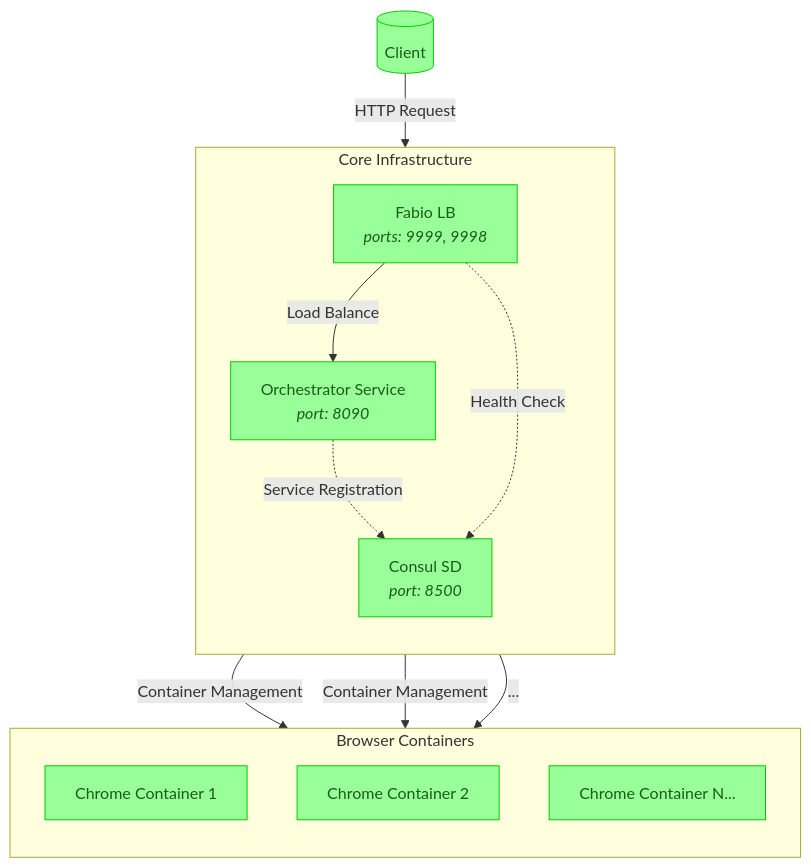
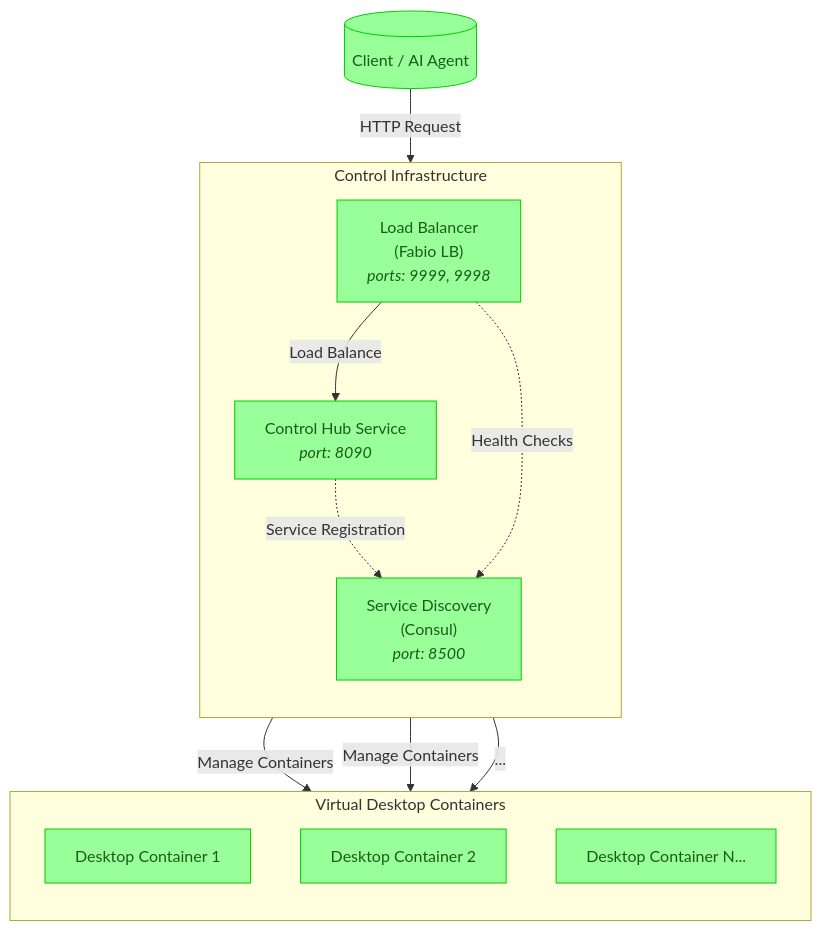
Before and after one commit to codebanesr/orchestrator: the diagram in README.md, drawn with Mermaid. The commit also changed other lines of this file, not shown here.

````diff
--- a/README.md
+++ b/README.md
@@ -63,30 +68,30 @@
 ```mermaid
 flowchart TD
     classDef client fill:#99FF99,stroke:#00CC00,color:#1a5c1a
-    classDef browser fill:#99FF99,stroke:#00CC00,color:#1a5c1a
+    classDef desktop fill:#99FF99,stroke:#00CC00,color:#1a5c1a
     classDef core fill:#99FF99,stroke:#00CC00,color:#1a5c1a
     
-    Client[("Client")]:::client
+    Client[("Client / AI Agent")]:::client
     
-    subgraph BrowserInstances["Browser Containers"]
+    subgraph VirtualDesktops["Virtual Desktop Containers"]
         direction TB
-        C1["Chrome Container 1"]:::browser
-        C2["Chrome Container 2"]:::browser
-        CN["Chrome Container N..."]:::browser
+        D1["Desktop Container 1"]:::desktop
+        D2["Desktop Container 2"]:::desktop
+        DN["Desktop Container N..."]:::desktop
     end
     
-    subgraph CoreServices["Core Infrastructure"]
+    subgraph ControlInfrastructure["Control Infrastructure"]
         direction TB
-        O["Orchestrator Service<br/><i>port: 8090</i>"]:::core
-        F["Fabio LB<br/><i>ports: 9999, 9998</i>"]:::core
-        CS["Consul SD<br/><i>port: 8500</i>"]:::core
+        CH["Control Hub Service<br/><i>port: 8090</i>"]:::core
+        LB["Load Balancer<br/>(Fabio LB)<br/><i>ports: 9999, 9998</i>"]:::core
+        SD["Service Discovery<br/>(Consul)<br/><i>port: 8500</i>"]:::core
     end
     
-    Client -->|"HTTP Request"| F
-    F -->|"Load Balance"| O
-    O -->|"Container Management"| C1
-    O -->|"Container Management"| C2
-    O -->|"..."| CN
-    O -.->|"Service Registration"| CS
-    F -.->|"Health Check"| CS
+    Client -->|"HTTP Request"| LB
+    LB -->|"Load Balance"| CH
+    CH -->|"Manage Containers"| D1
+    CH -->|"Manage Containers"| D2
+    CH -->|"..."| DN
+    CH -.->|"Service Registration"| SD
+    LB -.->|"Health Checks"| SD
 ```
````
